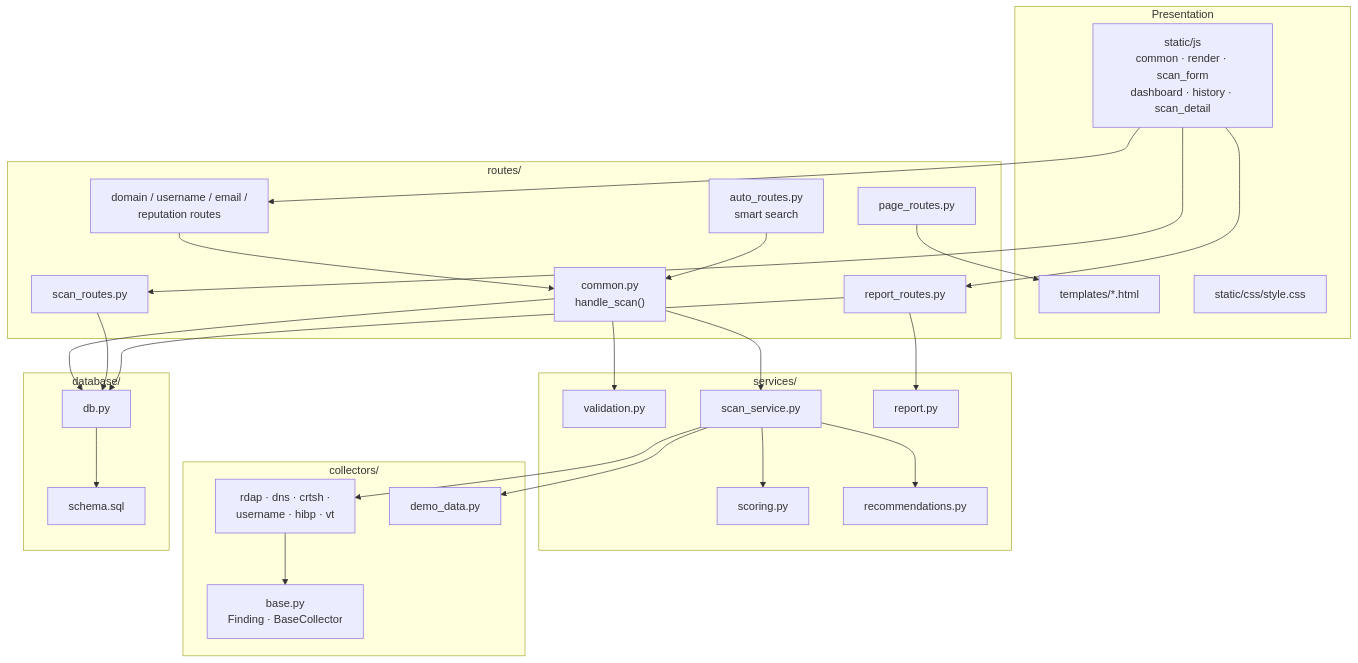
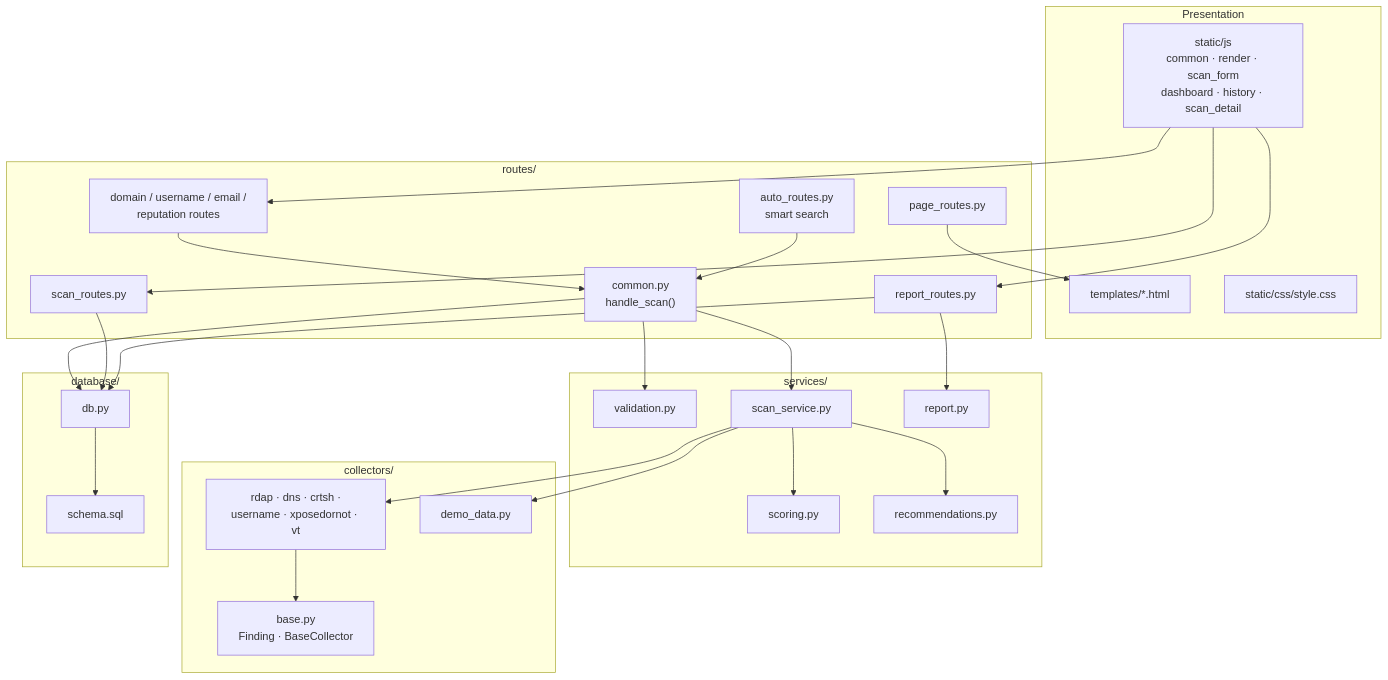
Before and after one commit to aryann314/ReconLens: the fifth of 7 diagrams in docs/ARCHITECTURE.md, drawn with Mermaid. The commit also changed other lines of this file, not shown here.

Commit message:
Update XposedOrNot architecture diagrams

````diff
--- a/docs/ARCHITECTURE.md
+++ b/docs/ARCHITECTURE.md
@@ -119,40 +119,40 @@
 ```mermaid
 flowchart TB
     subgraph Presentation
         T["templates/*.html"]
         JS["static/js<br/>common · render · scan_form<br/>dashboard · history · scan_detail"]
         CSS["static/css/style.css"]
     end
     subgraph API["routes/"]
         RC["common.py<br/>handle_scan()"]
         RD["domain / username / email /<br/>reputation routes"]
         RA["auto_routes.py<br/>smart search"]
         RS["scan_routes.py"]
         RR["report_routes.py"]
         RP["page_routes.py"]
     end
     subgraph Services["services/"]
         VAL["validation.py"]
         SS["scan_service.py"]
         SCO["scoring.py"]
         REC["recommendations.py"]
         REPT["report.py"]
     end
     subgraph Collectors["collectors/"]
         BASE["base.py<br/>Finding · BaseCollector"]
-        COLS["rdap · dns · crtsh ·<br/>username · hibp · vt"]
+        COLS["rdap · dns · crtsh ·<br/>username · xposedornot · vt"]
         DEMO["demo_data.py"]
     end
     subgraph Data["database/"]
         DBPY["db.py"]
         SQL["schema.sql"]
     end
     JS --> RD & RS & RR
     RP --> T
     RD & RA --> RC --> VAL
     RC --> SS --> COLS & DEMO
     COLS --> BASE
     SS --> SCO & REC
     RC & RS & RR --> DBPY --> SQL
     RR --> REPT
 ```
````
